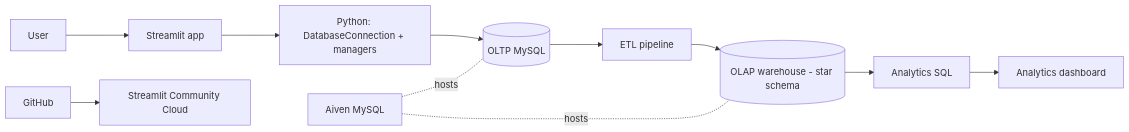
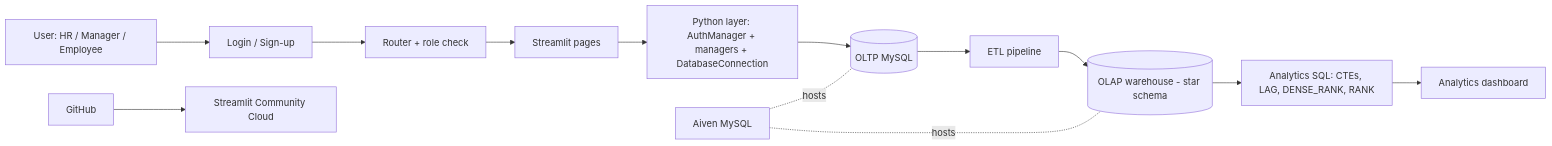
One commit to Shravani-A-Kulkarni/Enterprise-Employee-Analytics changed the diagram in README.md. Above: the diagram before and after it, drawn with Mermaid. The commit also changed other lines of this file, not shown here.

````diff
--- a/README.md
+++ b/README.md
@@ -36,8 +67,13 @@
 ```mermaid
 flowchart LR
-    U[User] --> S[Streamlit app] --> P[Python: DatabaseConnection + managers] --> O[(OLTP MySQL)]
-    O --> E[ETL pipeline] --> W[(OLAP warehouse - star schema)] --> Q[Analytics SQL] --> D[Analytics dashboard]
+    U[User: HR / Manager / Employee] --> L[Login / Sign-up]
+    L --> R[Router + role check]
+    R --> S[Streamlit pages]
+    S --> P[Python layer: AuthManager + managers + DatabaseConnection]
+    P --> O[(OLTP MySQL)]
+    O --> E[ETL pipeline] --> W[(OLAP warehouse - star schema)]
+    W --> Q[Analytics SQL: CTEs, LAG, DENSE_RANK, RANK] --> D[Analytics dashboard]
     G[GitHub] --> C[Streamlit Community Cloud]
     A[Aiven MySQL] -. hosts .- O
     A -. hosts .- W
 ```
````
